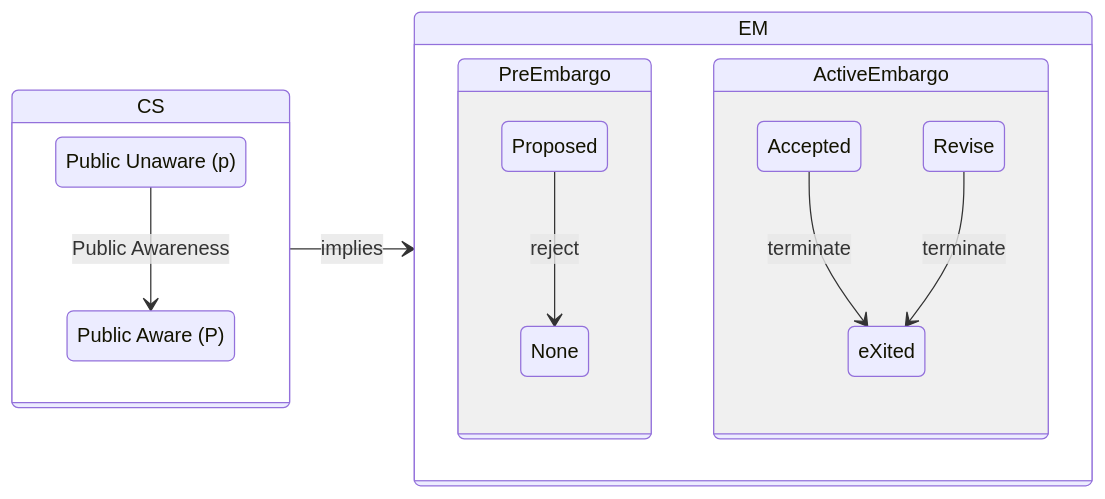
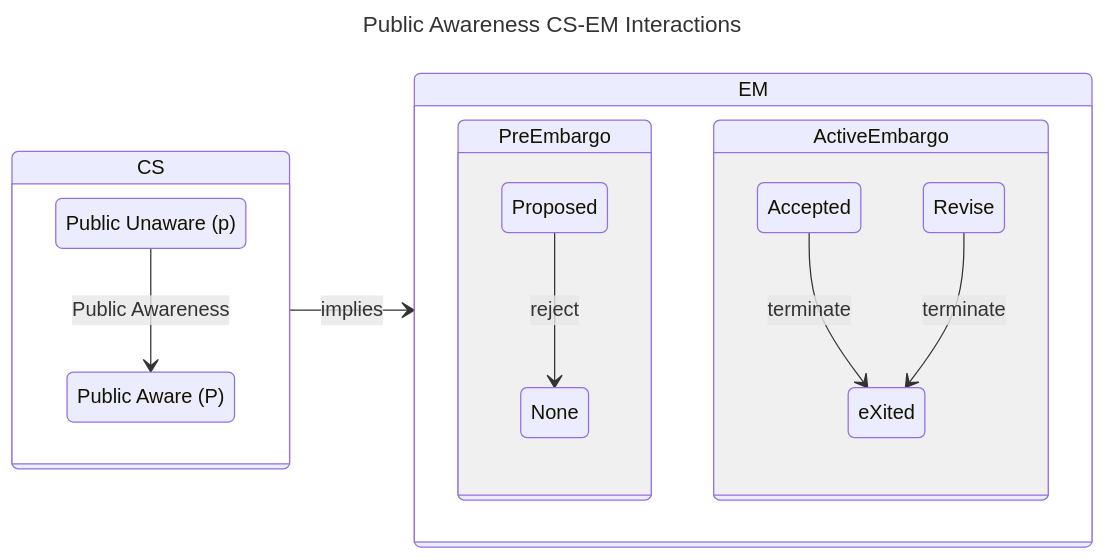
One commit to CERTCC/Vultron changed the sixth of 9 diagrams in docs/topics/process_models/model_interactions/rm_em_cs.md. Above: the diagram before and after it, drawn with Mermaid. The commit also changed other lines of this file and 30 other files, not shown here.

````diff
--- a/docs/topics/process_models/model_interactions/rm_em_cs.md
+++ b/docs/topics/process_models/model_interactions/rm_em_cs.md
@@ -276,20 +292,23 @@
 ```mermaid
+---
+title: Public Awareness CS-EM Interactions
+---
 stateDiagram-v2
     direction LR
     state CS {
         p: Public Unaware (p)
         P: Public Aware (P)
 
         p --> P : Public Awareness
     }
     state EM {
         state PreEmbargo{ 
             Proposed --> None: reject
         }
         state ActiveEmbargo {
             Accepted --> eXited: terminate
             Revise --> eXited: terminate
         }
     }
     CS --> EM: implies
 ```
````
